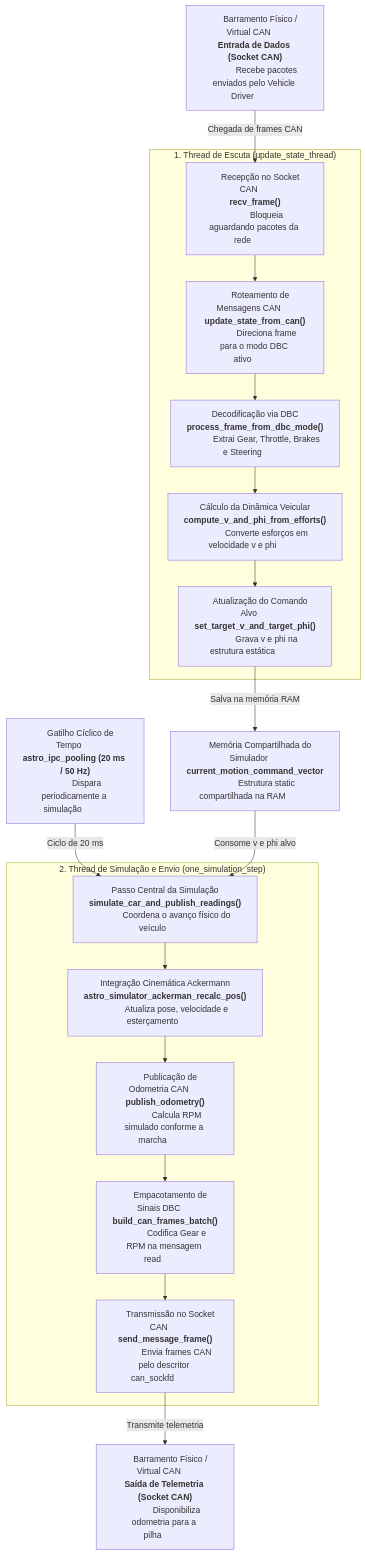
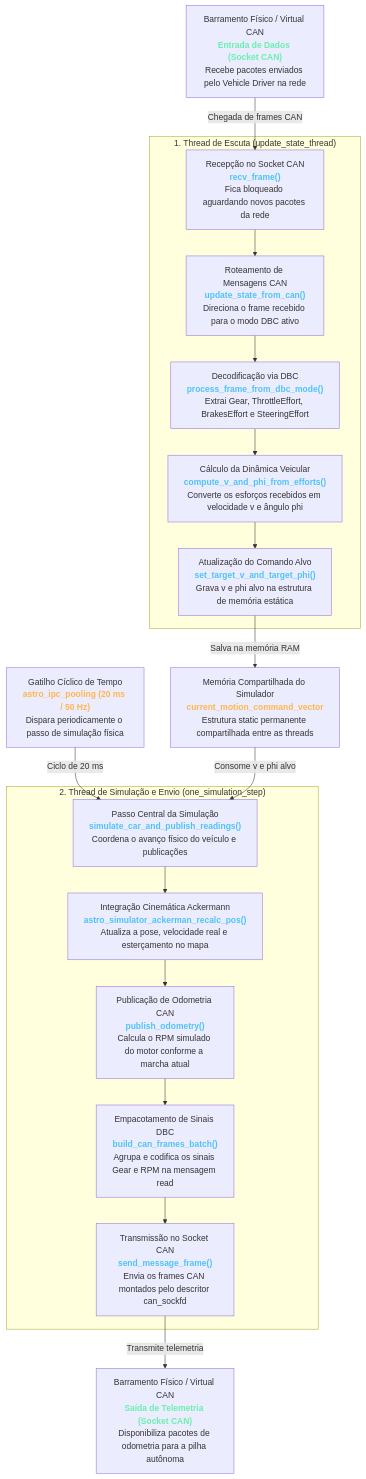
Before and after one commit to BrenoCSilva/lume: the diagram in README.md, drawn with Mermaid.

````diff
--- a/README.md
+++ b/README.md
@@ -40,29 +40,29 @@
 ```mermaid
 flowchart TD
-    CAN_IN["<span style='padding:0 24px'>Barramento Físico / Virtual CAN</span><br/><b style='color:#69f0ae; padding:0 24px'>Entrada de Dados (Socket CAN)</b><br/><span style='padding:0 24px'>⠀⠀Recebe pacotes enviados pelo Vehicle Driver⠀⠀</span>"]
+    CAN_IN["Barramento Físico / Virtual CAN<br/><b style='color:#69f0ae'>Entrada de Dados (Socket CAN)</b><br/>Recebe pacotes enviados pelo Vehicle Driver na rede"]
 
     CAN_IN -->|"Chegada de frames CAN"| RECV
 
     subgraph ThreadEscuta ["1. Thread de Escuta (update_state_thread)"]
-        RECV["<span style='padding:0 24px'>Recepção no Socket CAN</span><br/><b style='color:#4fc3f7; padding:0 24px'>recv_frame()</b><br/><span style='padding:0 24px'>⠀⠀Bloqueia aguardando pacotes da rede⠀⠀</span>"]
-        RECV --> UPDATE["<span style='padding:0 24px'>Roteamento de Mensagens CAN</span><br/><b style='color:#4fc3f7; padding:0 24px'>update_state_from_can()</b><br/><span style='padding:0 24px'>⠀⠀Direciona frame para o modo DBC ativo⠀⠀</span>"]
-        UPDATE --> PROC_DBC["<span style='padding:0 24px'>Decodificação via DBC</span><br/><b style='color:#4fc3f7; padding:0 24px'>process_frame_from_dbc_mode()</b><br/><span style='padding:0 24px'>⠀⠀Extrai Gear, Throttle, Brakes e Steering⠀⠀</span>"]
-        PROC_DBC --> CALC_DYN["<span style='padding:0 24px'>Cálculo da Dinâmica Veicular</span><br/><b style='color:#4fc3f7; padding:0 24px'>compute_v_and_phi_from_efforts()</b><br/><span style='padding:0 24px'>⠀⠀Converte esforços em velocidade v e phi⠀⠀</span>"]
-        CALC_DYN --> SET_TARGET["<span style='padding:0 24px'>Atualização do Comando Alvo</span><br/><b style='color:#4fc3f7; padding:0 24px'>set_target_v_and_target_phi()</b><br/><span style='padding:0 24px'>⠀⠀Grava v e phi na estrutura estática⠀⠀</span>"]
+        RECV["Recepção no Socket CAN<br/><b style='color:#4fc3f7'>recv_frame()</b><br/>Fica bloqueado aguardando novos pacotes da rede"]
+        RECV --> UPDATE["Roteamento de Mensagens CAN<br/><b style='color:#4fc3f7'>update_state_from_can()</b><br/>Direciona o frame recebido para o modo DBC ativo"]
+        UPDATE --> PROC_DBC["Decodificação via DBC<br/><b style='color:#4fc3f7'>process_frame_from_dbc_mode()</b><br/>Extrai Gear, ThrottleEffort, BrakesEffort e SteeringEffort"]
+        PROC_DBC --> CALC_DYN["Cálculo da Dinâmica Veicular<br/><b style='color:#4fc3f7'>compute_v_and_phi_from_efforts()</b><br/>Converte os esforços recebidos em velocidade v e ângulo phi"]
+        CALC_DYN --> SET_TARGET["Atualização do Comando Alvo<br/><b style='color:#4fc3f7'>set_target_v_and_target_phi()</b><br/>Grava v e phi alvo na estrutura de memória estática"]
     end
 
-    SET_TARGET -->|"Salva na memória RAM"| MEM["<span style='padding:0 24px'>Memória Compartilhada do Simulador</span><br/><b style='color:#ffb74d; padding:0 24px'>current_motion_command_vector</b><br/><span style='padding:0 24px'>⠀⠀Estrutura static compartilhada na RAM⠀⠀</span>"]
+    SET_TARGET -->|"Salva na memória RAM"| MEM["Memória Compartilhada do Simulador<br/><b style='color:#ffb74d'>current_motion_command_vector</b><br/>Estrutura static permanente compartilhada entre as threads"]
 
-    TIMER["<span style='padding:0 24px'>Gatilho Cíclico de Tempo</span><br/><b style='color:#ffb74d; padding:0 24px'>astro_ipc_pooling (20 ms / 50 Hz)</b><br/><span style='padding:0 24px'>⠀⠀Dispara periodicamente a simulação⠀⠀</span>"] -->|"Ciclo de 20 ms"| SIM_STEP
+    TIMER["Gatilho Cíclico de Tempo<br/><b style='color:#ffb74d'>astro_ipc_pooling (20 ms / 50 Hz)</b><br/>Dispara periodicamente o passo de simulação física"] -->|"Ciclo de 20 ms"| SIM_STEP
     MEM -->|"Consome v e phi alvo"| SIM_STEP
 
     subgraph ThreadSimulacao ["2. Thread de Simulação e Envio (one_simulation_step)"]
-        SIM_STEP["<span style='padding:0 24px'>Passo Central da Simulação</span><br/><b style='color:#4fc3f7; padding:0 24px'>simulate_car_and_publish_readings()</b><br/><span style='padding:0 24px'>⠀⠀Coordena o avanço físico do veículo⠀⠀</span>"]
-        SIM_STEP --> RECALC["<span style='padding:0 24px'>Integração Cinemática Ackermann</span><br/><b style='color:#4fc3f7; padding:0 24px'>astro_simulator_ackerman_recalc_pos()</b><br/><span style='padding:0 24px'>⠀⠀Atualiza pose, velocidade e esterçamento⠀⠀</span>"]
-        RECALC --> PUB_ODO["<span style='padding:0 24px'>Publicação de Odometria CAN</span><br/><b style='color:#4fc3f7; padding:0 24px'>publish_odometry()</b><br/><span style='padding:0 24px'>⠀⠀Calcula RPM simulado conforme a marcha⠀⠀</span>"]
-        PUB_ODO --> BATCH["<span style='padding:0 24px'>Empacotamento de Sinais DBC</span><br/><b style='color:#4fc3f7; padding:0 24px'>build_can_frames_batch()</b><br/><span style='padding:0 24px'>⠀⠀Codifica Gear e RPM na mensagem read⠀⠀</span>"]
-        BATCH --> SEND["<span style='padding:0 24px'>Transmissão no Socket CAN</span><br/><b style='color:#4fc3f7; padding:0 24px'>send_message_frame()</b><br/><span style='padding:0 24px'>⠀⠀Envia frames CAN pelo descritor can_sockfd⠀⠀</span>"]
+        SIM_STEP["Passo Central da Simulação<br/><b style='color:#4fc3f7'>simulate_car_and_publish_readings()</b><br/>Coordena o avanço físico do veículo e publicações"]
+        SIM_STEP --> RECALC["Integração Cinemática Ackermann<br/><b style='color:#4fc3f7'>astro_simulator_ackerman_recalc_pos()</b><br/>Atualiza a pose, velocidade real e esterçamento no mapa"]
+        RECALC --> PUB_ODO["Publicação de Odometria CAN<br/><b style='color:#4fc3f7'>publish_odometry()</b><br/>Calcula o RPM simulado do motor conforme a marcha atual"]
+        PUB_ODO --> BATCH["Empacotamento de Sinais DBC<br/><b style='color:#4fc3f7'>build_can_frames_batch()</b><br/>Agrupa e codifica os sinais Gear e RPM na mensagem read"]
+        BATCH --> SEND["Transmissão no Socket CAN<br/><b style='color:#4fc3f7'>send_message_frame()</b><br/>Envia os frames CAN montados pelo descritor can_sockfd"]
     end
 
-    SEND -->|"Transmite telemetria"| CAN_OUT["<span style='padding:0 24px'>Barramento Físico / Virtual CAN</span><br/><b style='color:#69f0ae; padding:0 24px'>Saída de Telemetria (Socket CAN)</b><br/><span style='padding:0 24px'>⠀⠀Disponibiliza odometria para a pilha⠀⠀</span>"]
+    SEND -->|"Transmite telemetria"| CAN_OUT["Barramento Físico / Virtual CAN<br/><b style='color:#69f0ae'>Saída de Telemetria (Socket CAN)</b><br/>Disponibiliza pacotes de odometria para a pilha autônoma"]
 ```
````
